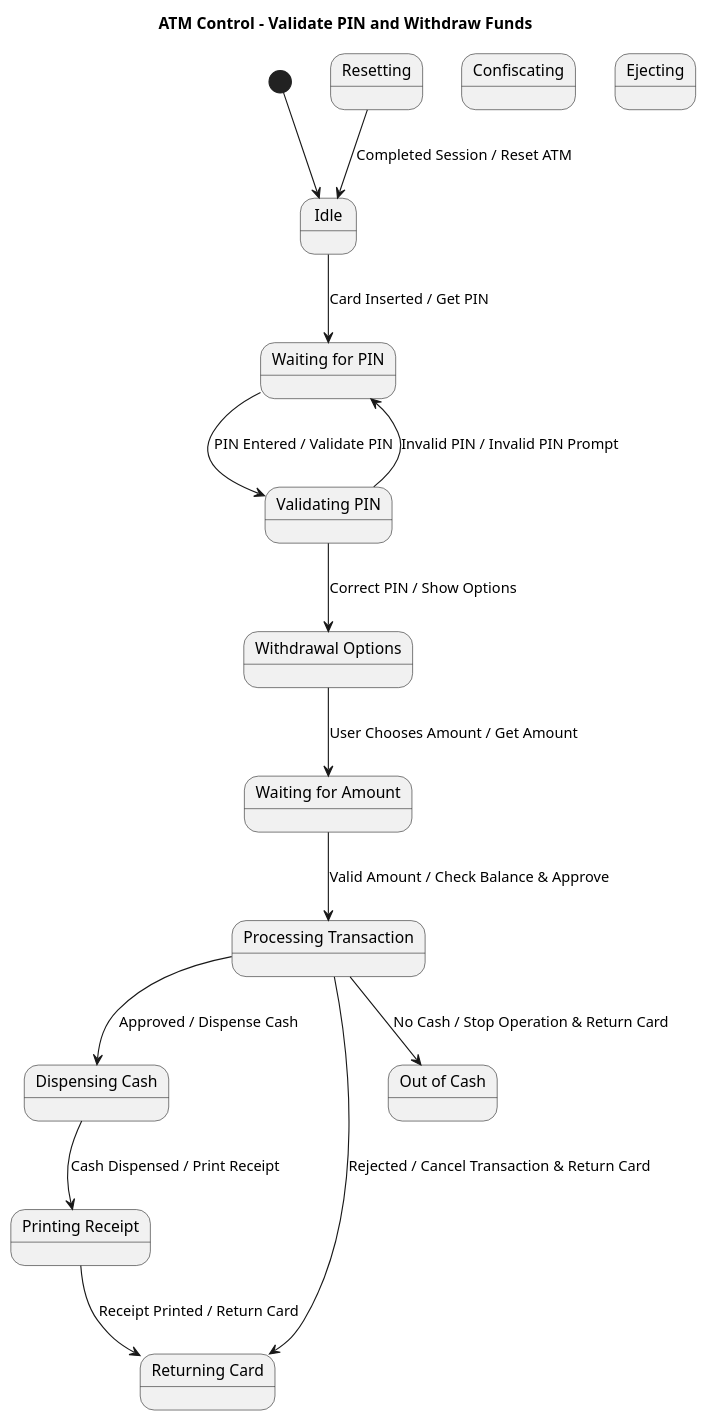
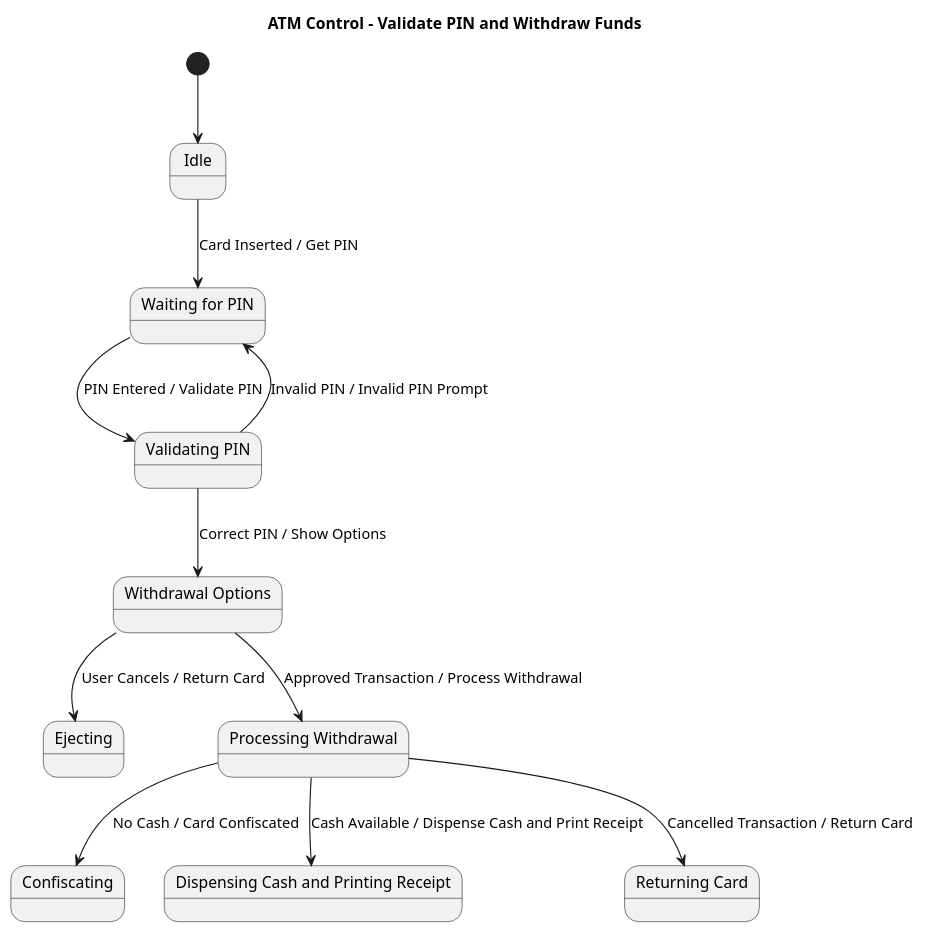
The diagram in results/plantuml_pipeline_run2/runs/open_source__mistral__rag/case_59_atm_1/run_01.initial.puml (maimunafaria/State_transition_Diagram_generated_by_LLM), drawn with PlantUML before and after one commit. The commit also changed 155 other files, not shown here.

```diff
--- a/results/plantuml_pipeline_run2/runs/open_source__mistral__rag/case_59_atm_1/run_01.initial.puml
+++ b/results/plantuml_pipeline_run2/runs/open_source__mistral__rag/case_59_atm_1/run_01.initial.puml
@@ -1,34 +1,29 @@
 @startuml
 title ATM Control - Validate PIN and Withdraw Funds
 
 [*] --> Idle
 
 state Idle
 state "Waiting for PIN" as WaitingForPIN
 state "Validating PIN" as ValidatingPIN
 state "Withdrawal Options" as WithdrawalOptions
 state Confiscating
 state Ejecting
-state "Waiting for Amount" as WaitingForAmount
-state "Processing Transaction" as ProcessingTransaction
-state "Dispensing Cash" as DispensingCash
-state "Printing Receipt" as PrintingReceipt
+state "Processing Withdrawal" as ProcessingWithdrawal
+state "Dispensing Cash and Printing Receipt" as DispensingCash
 state "Returning Card" as ReturningCard
-state "Out of Cash" as OutOfCash
-state "Resetting" as Resetting
 
 Idle --> WaitingForPIN : Card Inserted / Get PIN
 
 WaitingForPIN --> ValidatingPIN : PIN Entered / Validate PIN
 ValidatingPIN --> WaitingForPIN : Invalid PIN / Invalid PIN Prompt
+ValidatingPIN --> WithdrawalOptions : Correct PIN / Show Options
 
-ValidatingPIN --> WithdrawalOptions : Correct PIN / Show Options
-WithdrawalOptions --> WaitingForAmount : User Chooses Amount / Get Amount
-WaitingForAmount --> ProcessingTransaction : Valid Amount / Check Balance & Approve
-ProcessingTransaction --> DispensingCash : Approved / Dispense Cash
-ProcessingTransaction --> ReturningCard : Rejected / Cancel Transaction & Return Card
-ProcessingTransaction --> OutOfCash : No Cash / Stop Operation & Return Card
-DispensingCash --> PrintingReceipt : Cash Dispensed / Print Receipt
-PrintingReceipt --> ReturningCard : Receipt Printed / Return Card
-Resetting --> Idle : Completed Session / Reset ATM
+WithdrawalOptions --> ProcessingWithdrawal : Approved Transaction / Process Withdrawal
+ProcessingWithdrawal --> DispensingCash : Cash Available / Dispense Cash and Print Receipt
+ProcessingWithdrawal --> Confiscating : No Cash / Card Confiscated
+ProcessingWithdrawal --> ReturningCard : Cancelled Transaction / Return Card
+
+WithdrawalOptions --> Ejecting : User Cancels / Return Card
+
 @enduml
```
